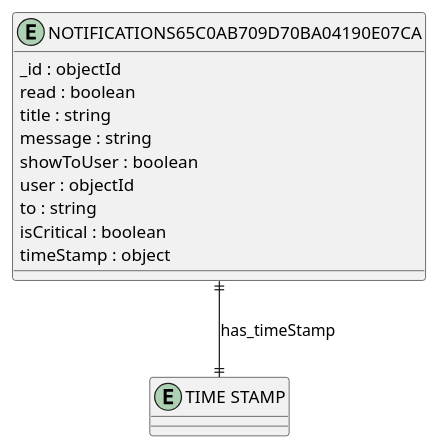
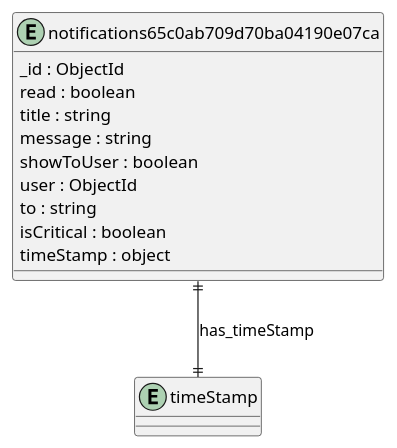
The diagram in erd_output/NOTIFICATIONS65C0AB709D70BA04190E07CA.puml (DigitalPaani/DigitalPaani_ERD), drawn with PlantUML before and after one commit. The commit also changed 274 other files, not shown here.

Commit message:
fix: updated diagram and script

```diff
--- a/erd_output/NOTIFICATIONS65C0AB709D70BA04190E07CA.puml
+++ b/erd_output/NOTIFICATIONS65C0AB709D70BA04190E07CA.puml
@@ -1,20 +1,20 @@
-@startuml NOTIFICATIONS65C0AB709D70BA04190E07CA_Diagram
+@startuml notifications65c0ab709d70ba04190e07ca_Diagram
 
-entity "NOTIFICATIONS65C0AB709D70BA04190E07CA" as NOTIFICATIONS65C0AB709D70BA04190E07CA {
-  _id : objectId
+entity "notifications65c0ab709d70ba04190e07ca" as notifications65c0ab709d70ba04190e07ca {
+  _id : ObjectId
   read : boolean
   title : string
   message : string
   showToUser : boolean
-  user : objectId
+  user : ObjectId
   to : string
   isCritical : boolean
   timeStamp : object
 }
 
-entity "TIME STAMP" as TIME_STAMP {
+entity "timeStamp" as timeStamp {
 }
 
 ' // Relationships
-NOTIFICATIONS65C0AB709D70BA04190E07CA ||--|| TIME_STAMP : has_timeStamp
+notifications65c0ab709d70ba04190e07ca ||--|| timeStamp : has_timeStamp
 @enduml
```
